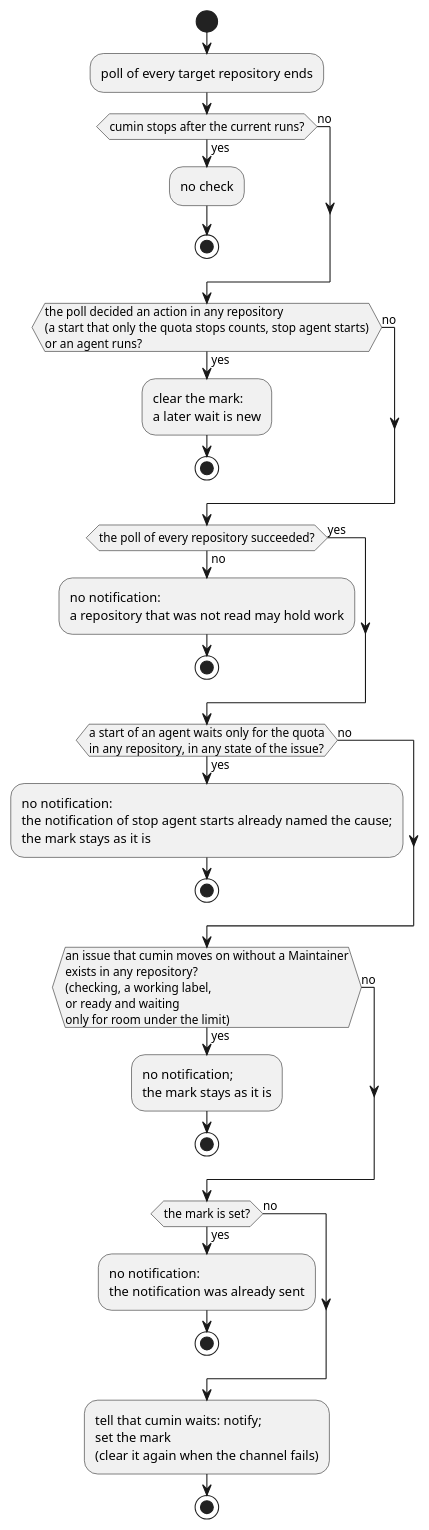
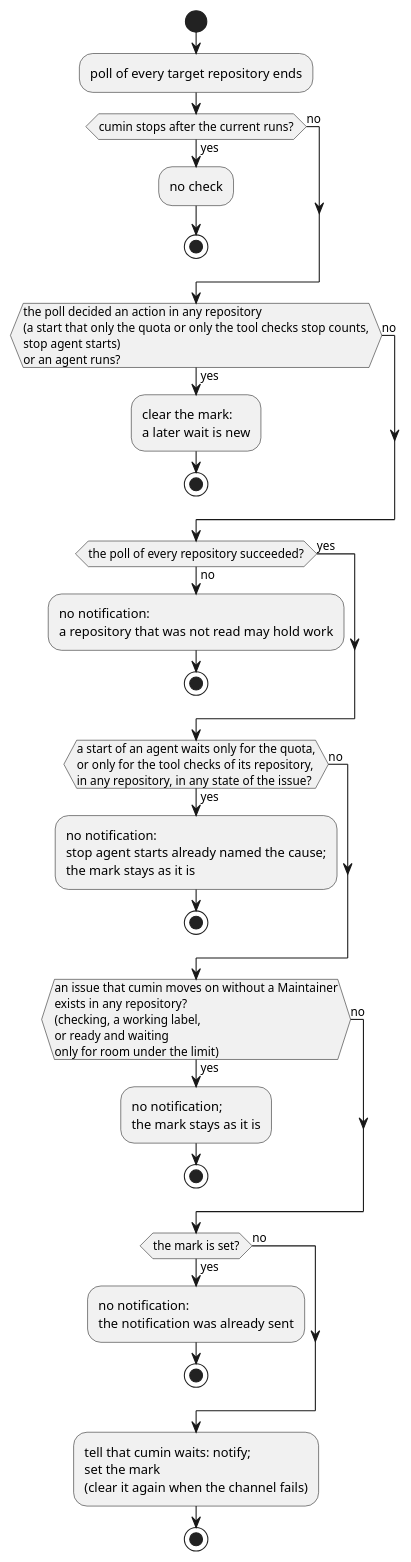
One commit to cloveclovedev/cumin-works changed the diagram in docs/ja/designs/quota-waiting.puml. Above: the diagram before and after it, drawn with PlantUML. The commit also changed 17 other files, not shown here.

First line of the commit message:
feat(workflow): start no agent for a repository while a tool check fails (#785)

```diff
--- a/docs/ja/designs/quota-waiting.puml
+++ b/docs/ja/designs/quota-waiting.puml
@@ -1,42 +1,42 @@
 @startuml quota-waiting
 ' cumin works - the waiting check after a poll (tell that cumin waits).
 ' Document: quota.md, section on how cumin avoids a repeated notification.
 ' Render: run scripts/render-diagrams.sh at the root of the repository.
 skinparam shadowing false
 skinparam defaultFontName sans-serif
 
 start
 :poll of every target repository ends;
 if (cumin stops after the current runs?) then (yes)
   :no check;
   stop
 else (no)
 endif
-if (the poll decided an action in any repository\n(a start that only the quota stops counts, stop agent starts)\nor an agent runs?) then (yes)
+if (the poll decided an action in any repository\n(a start that only the quota or only the tool checks stop counts,\nstop agent starts)\nor an agent runs?) then (yes)
   :clear the mark:\na later wait is new;
   stop
 else (no)
 endif
 if (the poll of every repository succeeded?) then (no)
   :no notification:\na repository that was not read may hold work;
   stop
 else (yes)
 endif
-if (a start of an agent waits only for the quota\nin any repository, in any state of the issue?) then (yes)
-  :no notification:\nthe notification of stop agent starts already named the cause;\nthe mark stays as it is;
+if (a start of an agent waits only for the quota,\nor only for the tool checks of its repository,\nin any repository, in any state of the issue?) then (yes)
+  :no notification:\nstop agent starts already named the cause;\nthe mark stays as it is;
   stop
 else (no)
 endif
 if (an issue that cumin moves on without a Maintainer\nexists in any repository?\n(checking, a working label,\nor ready and waiting\nonly for room under the limit)) then (yes)
   :no notification;\nthe mark stays as it is;
   stop
 else (no)
 endif
 if (the mark is set?) then (yes)
   :no notification:\nthe notification was already sent;
   stop
 else (no)
 endif
 :tell that cumin waits: notify;\nset the mark\n(clear it again when the channel fails);
 stop
 @enduml
```
